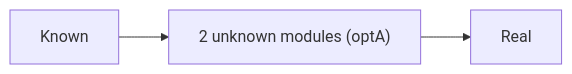
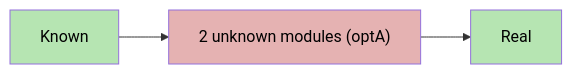
The fourth of 8 diagrams in README.md (giomf/NixoScope), drawn with Mermaid before and after one commit. The commit also changed other lines of this file, not shown here.

Commit message:
docs: add coloring to mermaid examples

````diff
--- a/README.md
+++ b/README.md
@@ -122,4 +128,6 @@
 ```mermaid
 graph LR
-    A[Known] --> B["2 unknown modules (optA)"] --> D[Real]
+    classDef known fill:#b6e5b2,color:#000
+    classDef unknown fill:#e5b2b2,color:#000
+    A[Known]:::known --> B["2 unknown modules (optA)"]:::unknown --> D[Real]:::known
 ```
````
